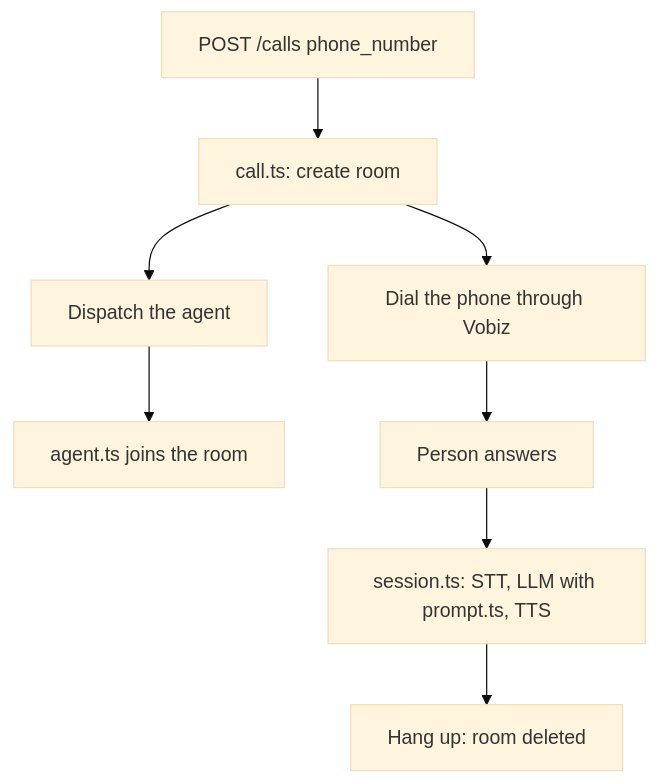
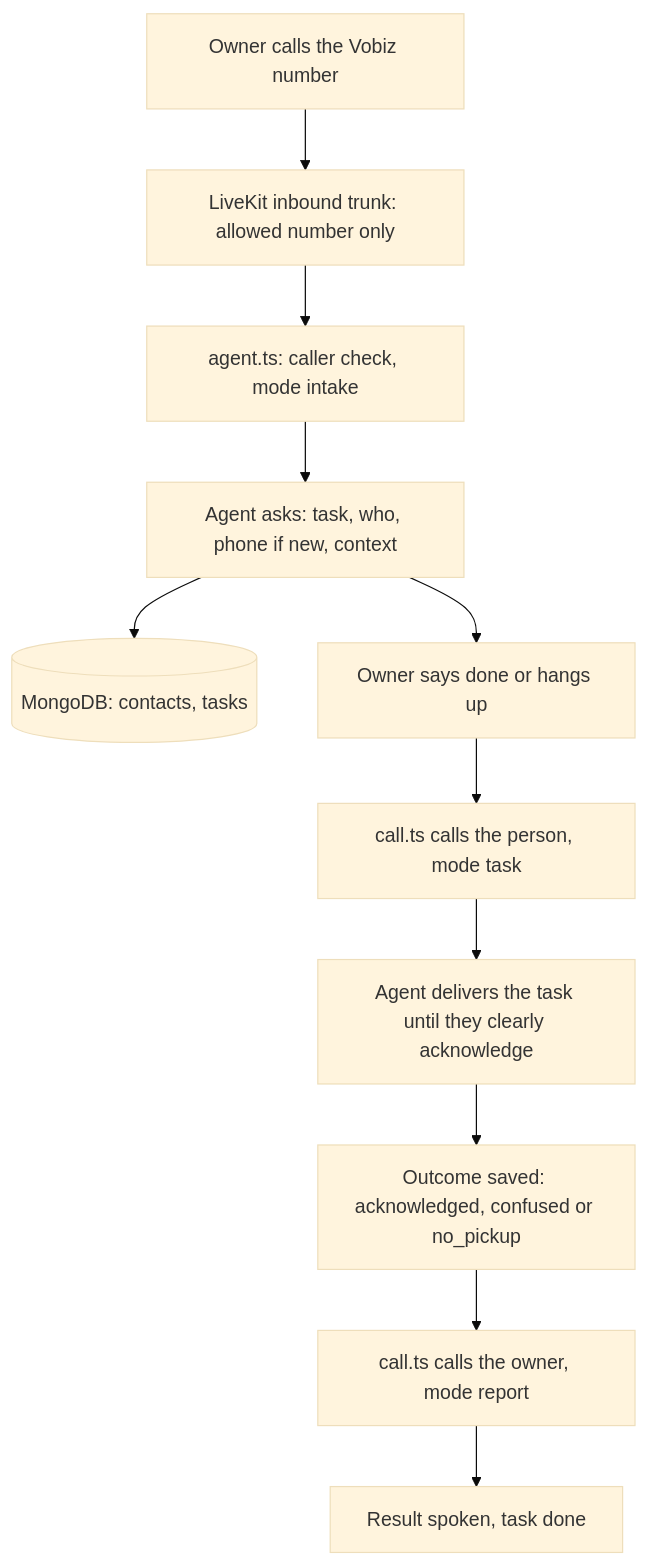
One commit to aryanc381/sunday changed the diagram in apps/voice/README.md. Above: the diagram before and after it, drawn with Mermaid (base theme). The commit also changed other lines of this file and 34 other files, not shown here.

Commit message:
feat(voice): inbound task agent that calls the person and reports back

````diff
--- a/apps/voice/README.md
+++ b/apps/voice/README.md
@@ -7,10 +7,13 @@
 ```mermaid
 flowchart TD
-  A[POST /calls phone_number] --> B[call.ts: create room]
-  B --> C[Dispatch the agent]
-  B --> D[Dial the phone through Vobiz]
-  C --> E[agent.ts joins the room]
-  D --> F[Person answers]
-  F --> G[session.ts: STT, LLM with prompt.ts, TTS]
-  G --> H[Hang up: room deleted]
+  A[Owner calls the Vobiz number] --> B[LiveKit inbound trunk: allowed number only]
+  B --> C[agent.ts: caller check, mode intake]
+  C --> D[Agent asks: task, who, phone if new, context]
+  D --> E[(MongoDB: contacts, tasks)]
+  D --> F[Owner says done or hangs up]
+  F --> G[call.ts calls the person, mode task]
+  G --> H[Agent delivers the task until they clearly acknowledge]
+  H --> I[Outcome saved: acknowledged, confused or no_pickup]
+  I --> J[call.ts calls the owner, mode report]
+  J --> K[Result spoken, task done]
 ```
````
